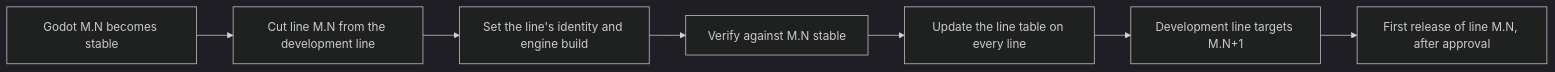
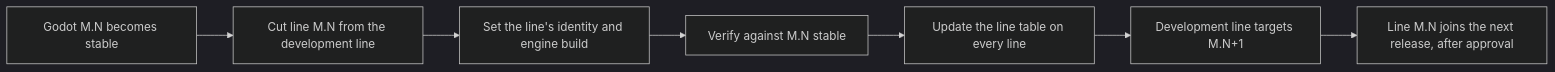
Before and after one commit to theromis/godot-mcp: the second of 2 diagrams in .design/main/specifications/l1-release-lines.md, drawn with Mermaid (dark theme). The commit also changed other lines of this file and 5 other files, not shown here.

Commit message:
docs(design): specify one release holding every Godot line

````diff
--- a/.design/main/specifications/l1-release-lines.md
+++ b/.design/main/specifications/l1-release-lines.md
@@ -95,9 +97,9 @@
 ```mermaid
 graph LR
     A[Godot M.N becomes stable] --> B[Cut line M.N from the development line]
     B --> C[Set the line's identity and engine build]
     C --> D[Verify against M.N stable]
     D --> E[Update the line table on every line]
     E --> F[Development line targets M.N+1]
-    F --> G[First release of line M.N, after approval]
+    F --> G[Line M.N joins the next release, after approval]
 ```
````
